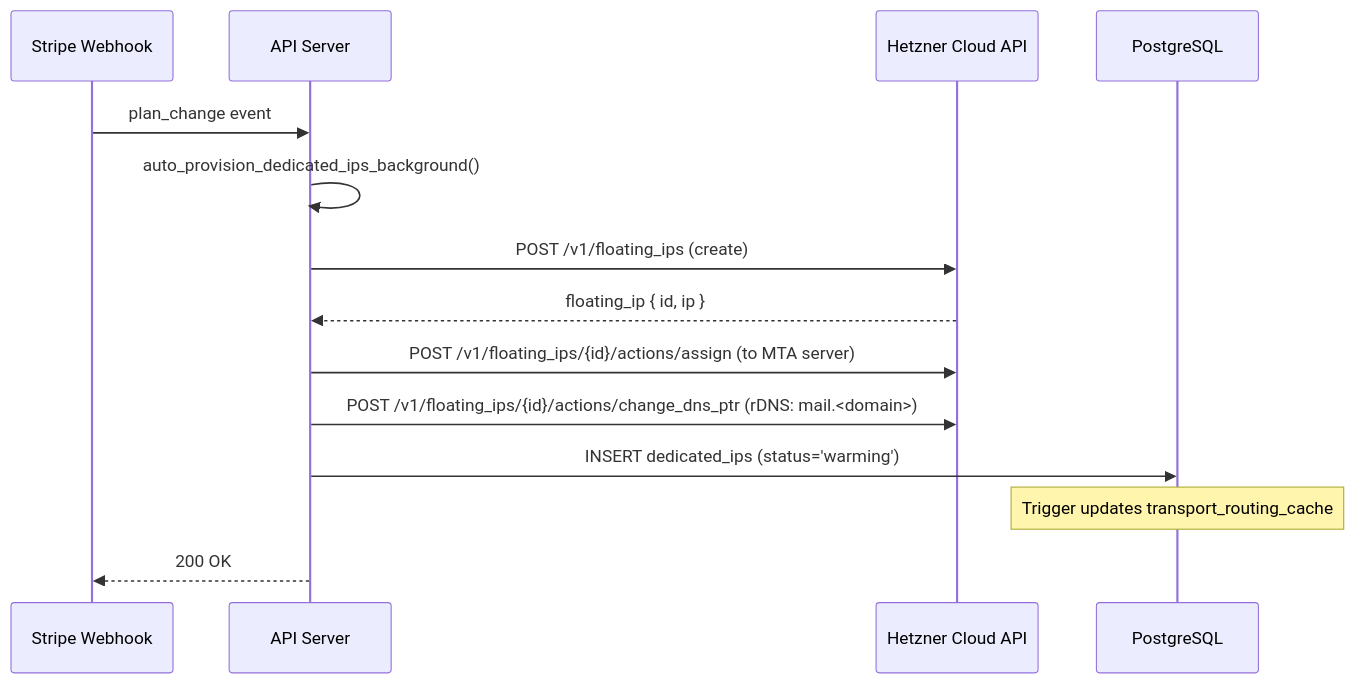
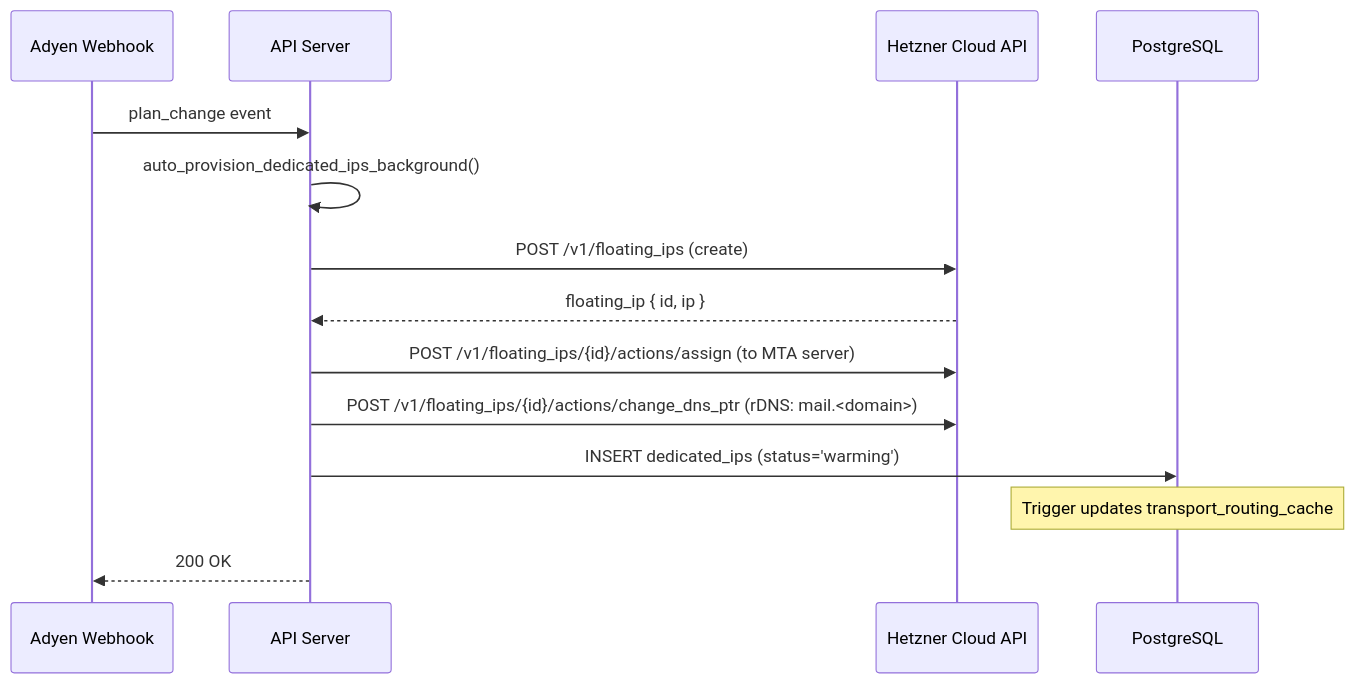
Before and after one commit to sbelakho2/ApexMail: the second of 3 diagrams in docs/deployment/PRODUCTION_SETUP.md, drawn with Mermaid. The commit also changed other lines of this file and 204 other files, not shown here.

````diff
--- a/docs/deployment/PRODUCTION_SETUP.md
+++ b/docs/deployment/PRODUCTION_SETUP.md
@@ -292,17 +292,17 @@
 ```mermaid
 sequenceDiagram
-    participant Stripe as Stripe Webhook
+    participant Adyen as Adyen Webhook
     participant API as API Server
     participant Hetzner as Hetzner Cloud API
     participant DB as PostgreSQL
 
-    Stripe->>API: plan_change event
+    Adyen->>API: plan_change event
     API->>API: auto_provision_dedicated_ips_background()
     API->>Hetzner: POST /v1/floating_ips (create)
     Hetzner-->>API: floating_ip { id, ip }
     API->>Hetzner: POST /v1/floating_ips/{id}/actions/assign (to MTA server)
     API->>Hetzner: POST /v1/floating_ips/{id}/actions/change_dns_ptr (rDNS: mail.<domain>)
     API->>DB: INSERT dedicated_ips (status='warming')
     Note over DB: Trigger updates transport_routing_cache
-    API-->>Stripe: 200 OK
+    API-->>Adyen: 200 OK
 ```
````
